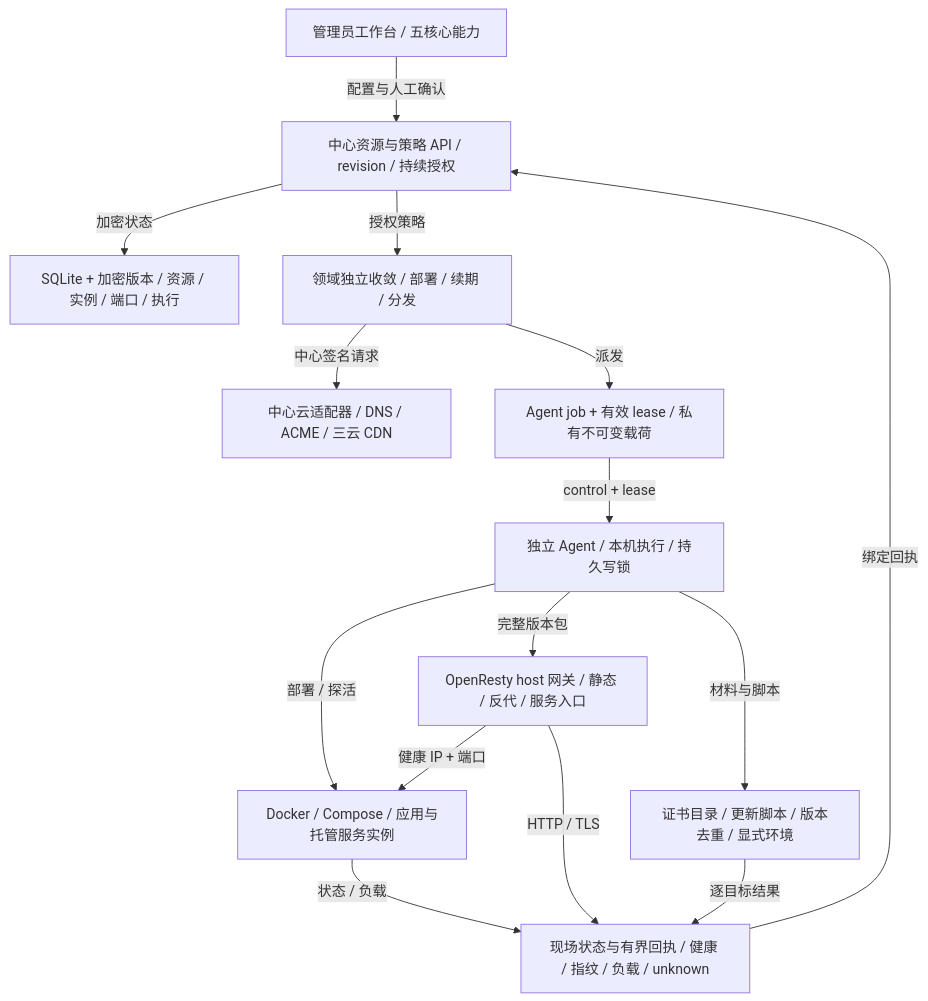
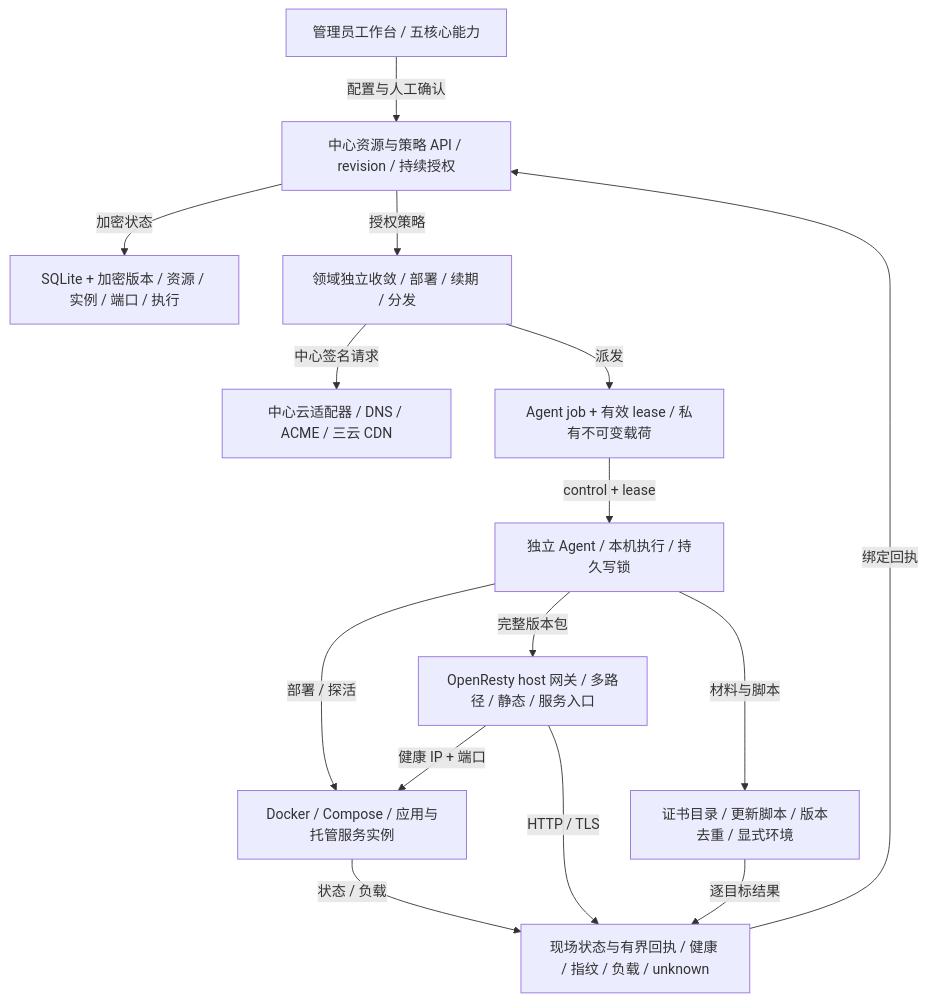
Before and after one commit to workhold/lightmoni: the eighth of 8 diagrams in docs/system-design.md, drawn with Mermaid. The commit also changed other lines of this file and 33 other files, not shown here.

````diff
--- a/docs/system-design.md
+++ b/docs/system-design.md
@@ -842,28 +842,28 @@
 ```mermaid
 flowchart TB
   ops033_admin["管理员工作台 / 五核心能力"]
   ops033_api["中心资源与策略 API / revision / 持续授权"]
   ops033_db["SQLite + 加密版本 / 资源 / 实例 / 端口 / 执行"]
   ops033_reconcile["领域独立收敛 / 部署 / 续期 / 分发"]
   ops033_cloud["中心云适配器 / DNS / ACME / 三云 CDN"]
   ops033_job["Agent job + 有效 lease / 私有不可变载荷"]
   ops033_agent["独立 Agent / 本机执行 / 持久写锁"]
   ops033_app["Docker / Compose / 应用与托管服务实例"]
-  ops033_gateway["OpenResty host 网关 / 静态 / 反代 / 服务入口"]
+  ops033_gateway["OpenResty host 网关 / 多路径 / 静态 / 服务入口"]
   ops033_target["证书目录 / 更新脚本 / 版本去重 / 显式环境"]
   ops033_receipt["现场状态与有界回执 / 健康 / 指纹 / 负载 / unknown"]
   ops033_admin -->|配置与人工确认| ops033_api
   ops033_api -->|加密状态| ops033_db
   ops033_api -->|授权策略| ops033_reconcile
   ops033_reconcile -->|中心签名请求| ops033_cloud
   ops033_reconcile -->|派发| ops033_job
   ops033_job -->|control + lease| ops033_agent
   ops033_agent -->|部署 / 探活| ops033_app
   ops033_agent -->|完整版本包| ops033_gateway
   ops033_agent -->|材料与脚本| ops033_target
   ops033_gateway -->|健康 IP + 端口| ops033_app
   ops033_app -->|状态 / 负载| ops033_receipt
   ops033_gateway -->|HTTP / TLS| ops033_receipt
   ops033_target -->|逐目标结果| ops033_receipt
   ops033_receipt -->|绑定回执| ops033_api
 ```
````
